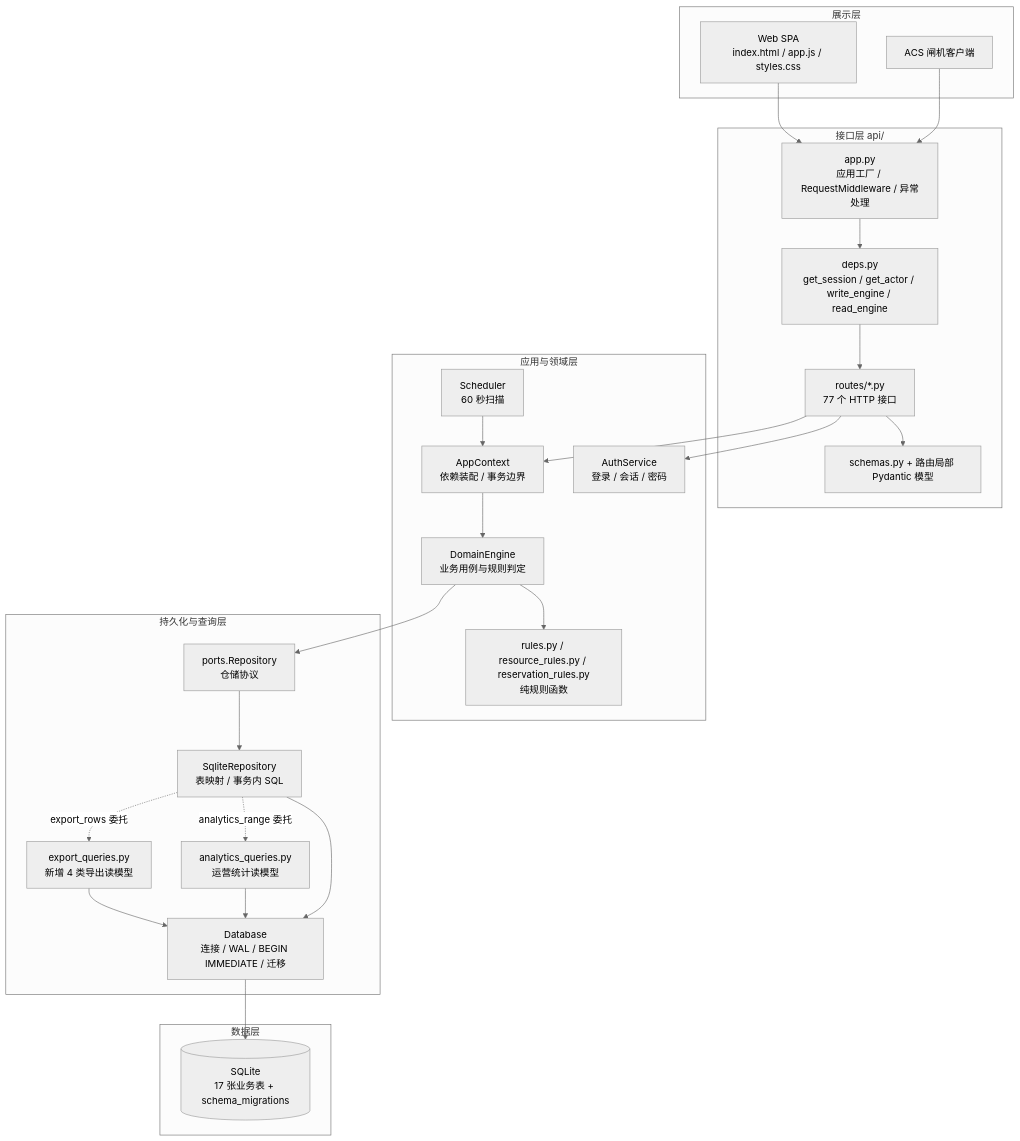
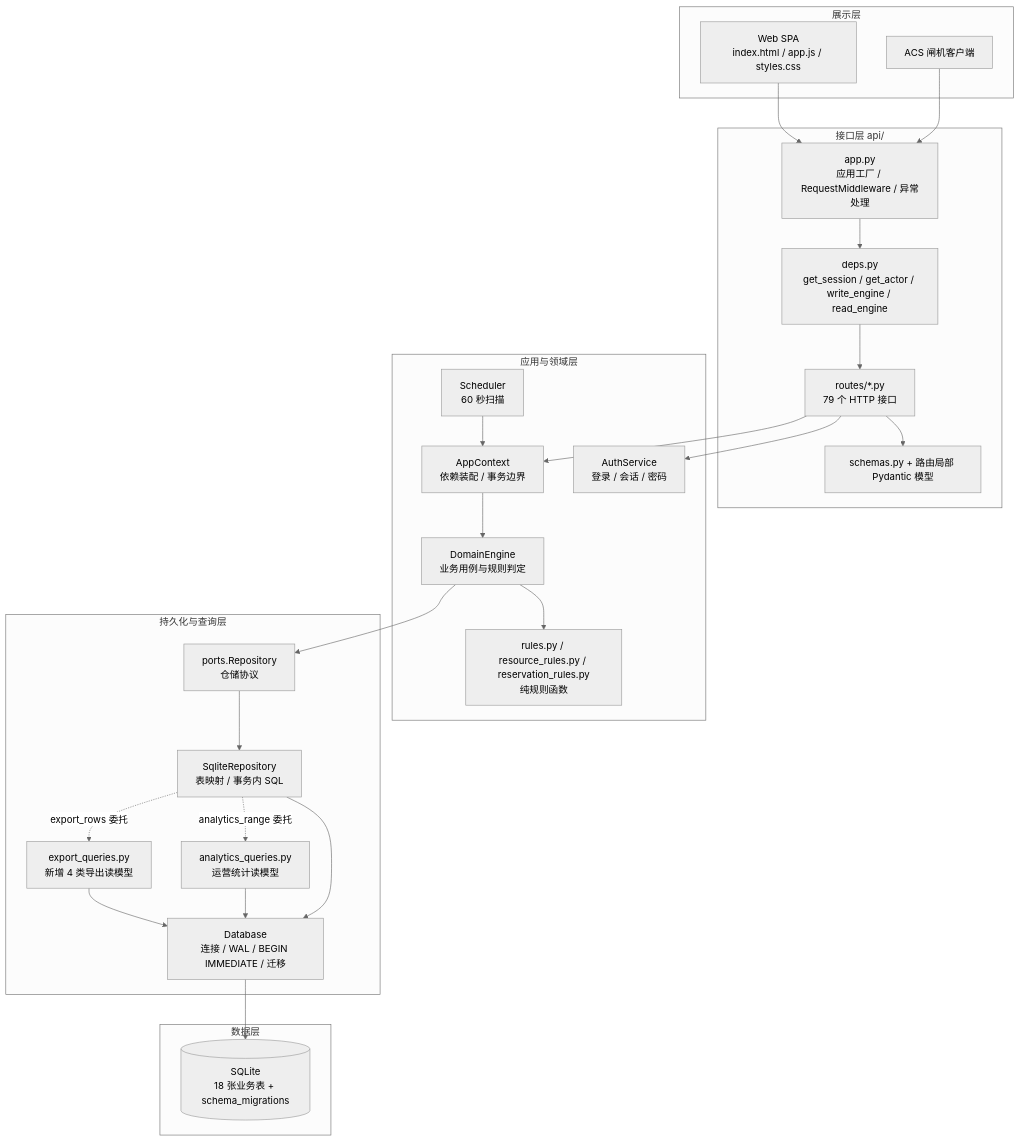
The first of 8 diagrams in docs/系统架构设计报告.md (gagachen51/seat_reservations), drawn with Mermaid (neutral theme) before and after one commit. The commit also changed other lines of this file and 41 other files, not shown here.

````diff
--- a/docs/系统架构设计报告.md
+++ b/docs/系统架构设计报告.md
@@ -125,53 +125,53 @@
 ```mermaid
 flowchart TB
   subgraph P["展示层"]
     SPA["Web SPA<br/>index.html / app.js / styles.css"]
     ACS["ACS 闸机客户端"]
   end
 
   subgraph I["接口层 api/"]
     APP["app.py<br/>应用工厂 / RequestMiddleware / 异常处理"]
     DEPS["deps.py<br/>get_session / get_actor / write_engine / read_engine"]
-    ROUTES["routes/*.py<br/>77 个 HTTP 接口"]
+    ROUTES["routes/*.py<br/>79 个 HTTP 接口"]
     SCHEMA["schemas.py + 路由局部 Pydantic 模型"]
   end
 
   subgraph A["应用与领域层"]
     AUTH["AuthService<br/>登录 / 会话 / 密码"]
     CTX["AppContext<br/>依赖装配 / 事务边界"]
     SCH["Scheduler<br/>60 秒扫描"]
     ENGINE["DomainEngine<br/>业务用例与规则判定"]
     RULES["rules.py / resource_rules.py / reservation_rules.py<br/>纯规则函数"]
   end
 
   subgraph S["持久化与查询层"]
     PORT["ports.Repository<br/>仓储协议"]
     REPO["SqliteRepository<br/>表映射 / 事务内 SQL"]
     AQ["analytics_queries.py<br/>运营统计读模型"]
     EQ["export_queries.py<br/>新增 4 类导出读模型"]
     DB["Database<br/>连接 / WAL / BEGIN IMMEDIATE / 迁移"]
   end
 
   subgraph D["数据层"]
-    SQLITE[("SQLite<br/>17 张业务表 + schema_migrations")]
+    SQLITE[("SQLite<br/>18 张业务表 + schema_migrations")]
   end
 
   SPA --> APP
   ACS --> APP
   APP --> DEPS
   DEPS --> ROUTES
   ROUTES --> SCHEMA
   ROUTES --> AUTH
   ROUTES --> CTX
   CTX --> ENGINE
   ENGINE --> RULES
   ENGINE --> PORT
   PORT --> REPO
   REPO --> DB
   DB --> SQLITE
   SCH --> CTX
   REPO -.->|analytics_range 委托| AQ
   REPO -.->|export_rows 委托| EQ
   AQ --> DB
   EQ --> DB
 ```
````
